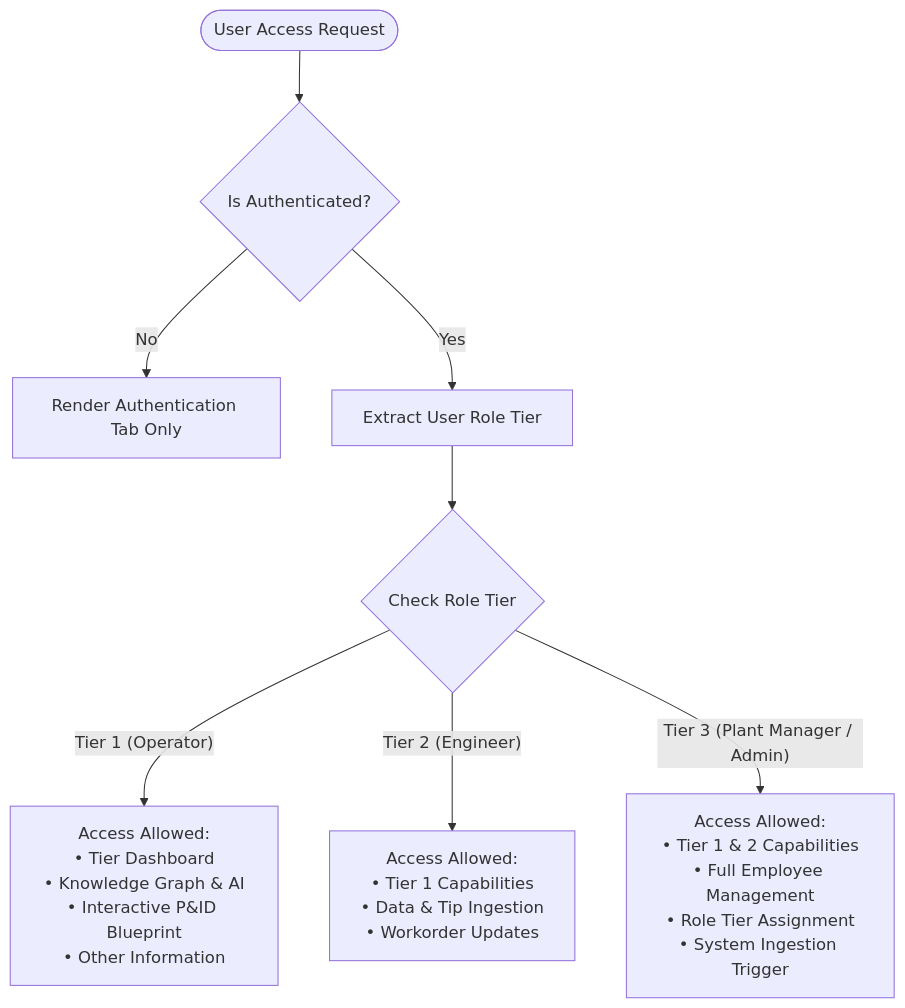
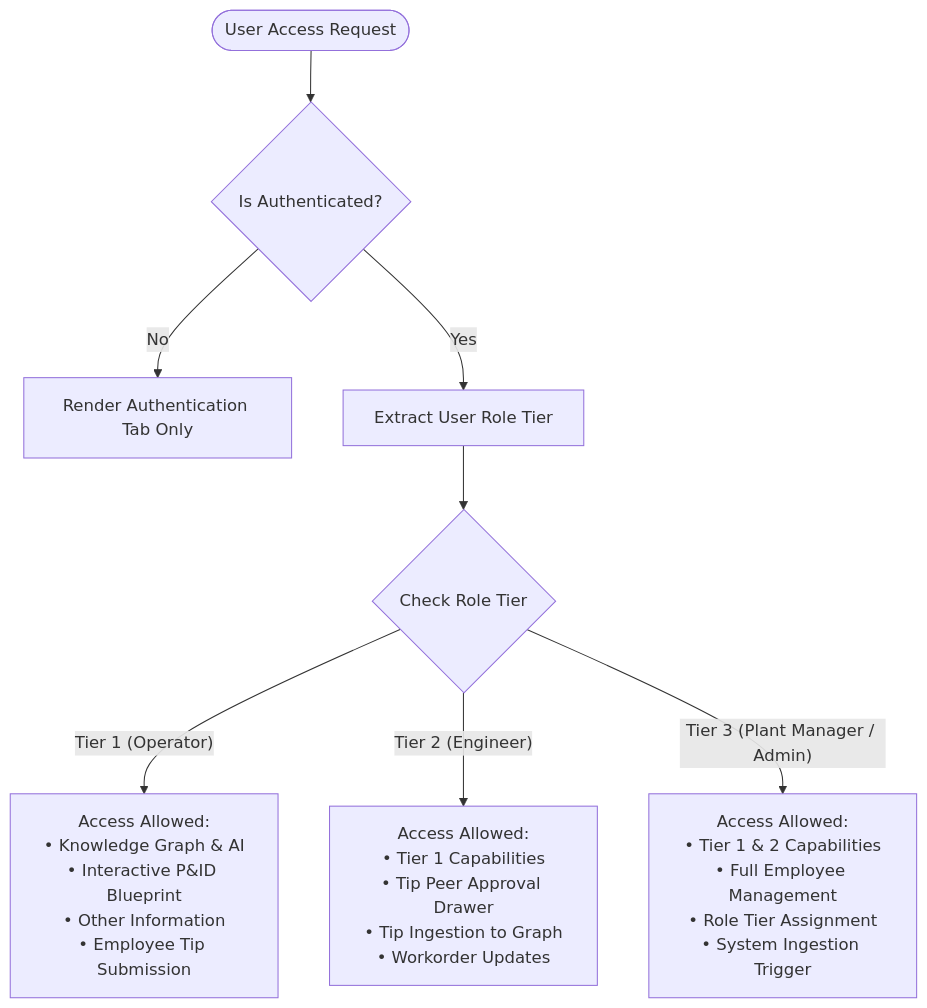
One commit to MrGen06/omniplant changed the sixth of 6 diagrams in ARCHITECTURE.md. Above: the diagram before and after it, drawn with Mermaid. The commit also changed other lines of this file and 1 other file, not shown here.

Commit message:
docs: add project README and update system architecture diagrams to include maintenance tip workflow

````diff
--- a/ARCHITECTURE.md
+++ b/ARCHITECTURE.md
@@ -241,12 +255,12 @@
 ```mermaid
 flowchart TD
     Start([User Access Request]) --> CheckAuth{Is Authenticated?}
     CheckAuth -- No --> AuthView[Render Authentication Tab Only]
     CheckAuth -- Yes --> ReadTier[Extract User Role Tier]
     
     ReadTier --> TierCheck{Check Role Tier}
     
-    TierCheck -- Tier 1 (Operator) --> T1[Access Allowed:\n• Tier Dashboard\n• Knowledge Graph & AI\n• Interactive P&ID Blueprint\n• Other Information]
-    TierCheck -- Tier 2 (Engineer) --> T2[Access Allowed:\n• Tier 1 Capabilities\n• Data & Tip Ingestion\n• Workorder Updates]
+    TierCheck -- Tier 1 (Operator) --> T1[Access Allowed:\n• Knowledge Graph & AI\n• Interactive P&ID Blueprint\n• Other Information\n• Employee Tip Submission]
+    TierCheck -- Tier 2 (Engineer) --> T2[Access Allowed:\n• Tier 1 Capabilities\n• Tip Peer Approval Drawer\n• Tip Ingestion to Graph\n• Workorder Updates]
     TierCheck -- Tier 3 (Plant Manager / Admin) --> T3[Access Allowed:\n• Tier 1 & 2 Capabilities\n• Full Employee Management\n• Role Tier Assignment\n• System Ingestion Trigger]
 ```
````
